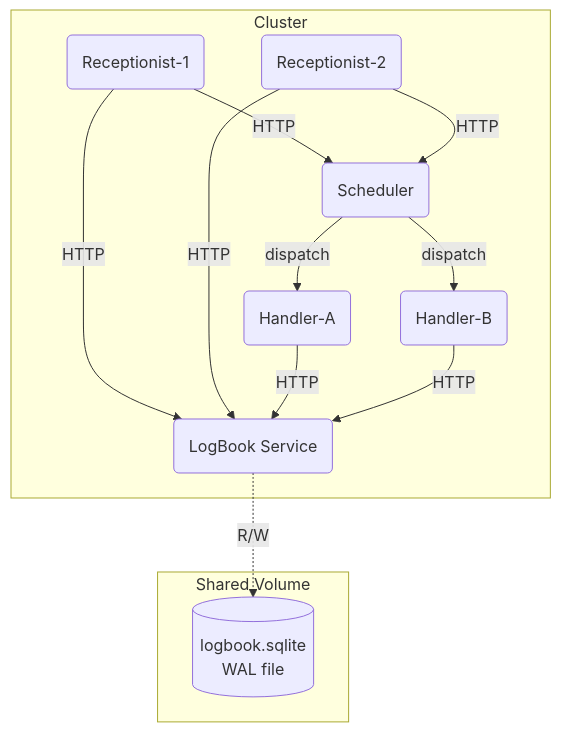
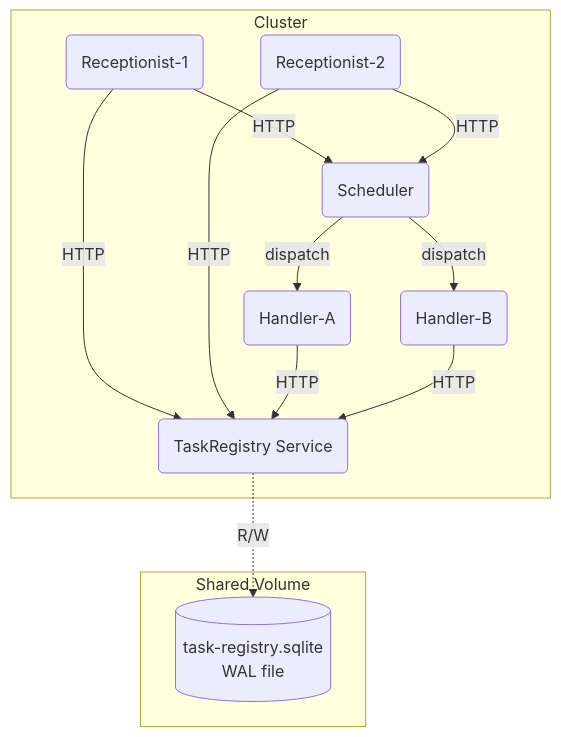
Before and after one commit to weilidai2001/reedsy-2025-import-export: the diagram in .taskmaster/docs/receptionist_system_prd.md, drawn with Mermaid. The commit also changed other lines of this file, not shown here.

Commit message:
refactor: rename LogBook service to TaskRegistry for better clarity

````diff
--- a/.taskmaster/docs/receptionist_system_prd.md
+++ b/.taskmaster/docs/receptionist_system_prd.md
@@ -20,26 +20,26 @@
 ```mermaid
 flowchart TD
   subgraph Shared Volume
-    SQLITE[(logbook.sqlite<br/>WAL file)]
+    SQLITE[(task-registry.sqlite<br/>WAL file)]
   end
 
   subgraph Cluster
     RECEPTIONIST1(Receptionist-1)
     RECEPTIONIST2(Receptionist-2)
     SCHEDULER(Scheduler)
     HANDLER1(Handler-A)
     HANDLER2(Handler-B)
-    LOGBOOK(LogBook Service)
+    TASKREGISTRY(TaskRegistry Service)
   end
 
-  LOGBOOK -. R/W .-> SQLITE
-  RECEPTIONIST1 -- HTTP --> LOGBOOK
-  RECEPTIONIST2 -- HTTP --> LOGBOOK
-  HANDLER1      -- HTTP --> LOGBOOK
-  HANDLER2      -- HTTP --> LOGBOOK
+  TASKREGISTRY -. R/W .-> SQLITE
+  RECEPTIONIST1 -- HTTP --> TASKREGISTRY
+  RECEPTIONIST2 -- HTTP --> TASKREGISTRY
+  HANDLER1      -- HTTP --> TASKREGISTRY
+  HANDLER2      -- HTTP --> TASKREGISTRY
 
   RECEPTIONIST1 -- HTTP --> SCHEDULER
   RECEPTIONIST2 -- HTTP --> SCHEDULER
   SCHEDULER     -- dispatch --> HANDLER1
   SCHEDULER     -- dispatch --> HANDLER2
 ```
````
